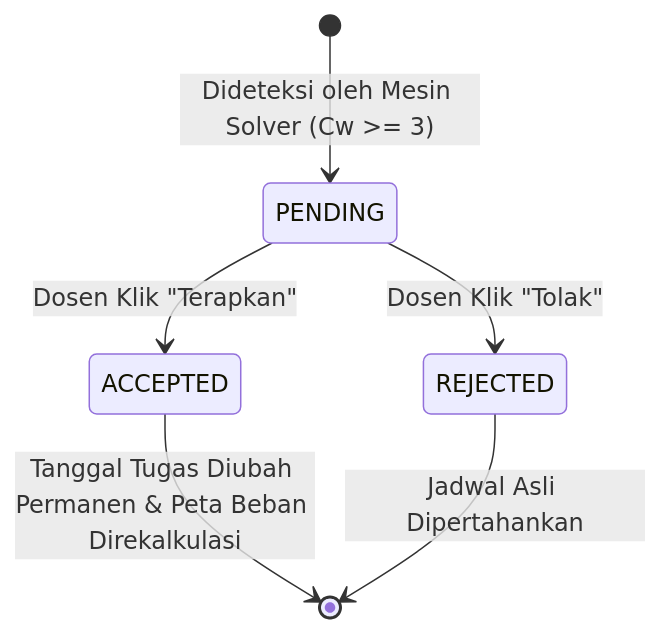
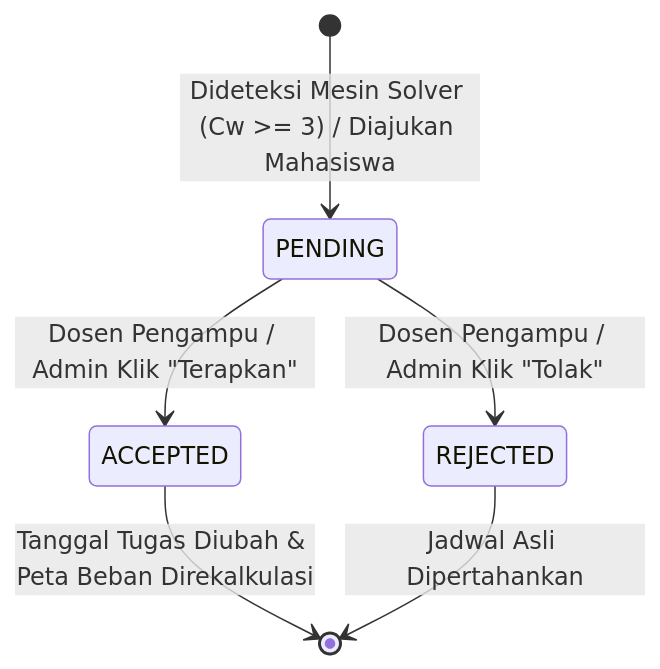
The eighth of 10 diagrams in PROJECT_FLOW.md (FayruzAldi/CollisionWeek), drawn with Mermaid before and after one commit. The commit also changed other lines of this file and 125 other files, not shown here.

````diff
--- a/PROJECT_FLOW.md
+++ b/PROJECT_FLOW.md
@@ -270,8 +266,8 @@
 ```mermaid
 stateDiagram-v2
-    [*] --> PENDING: Dideteksi oleh Mesin Solver (Cw >= 3)
-    PENDING --> ACCEPTED: Dosen Klik "Terapkan"
-    PENDING --> REJECTED: Dosen Klik "Tolak"
-    ACCEPTED --> [*]: Tanggal Tugas Diubah Permanen & Peta Beban Direkalkulasi
+    [*] --> PENDING: Dideteksi Mesin Solver (Cw >= 3) / Diajukan Mahasiswa
+    PENDING --> ACCEPTED: Dosen Pengampu / Admin Klik "Terapkan"
+    PENDING --> REJECTED: Dosen Pengampu / Admin Klik "Tolak"
+    ACCEPTED --> [*]: Tanggal Tugas Diubah & Peta Beban Direkalkulasi
     REJECTED --> [*]: Jadwal Asli Dipertahankan
 ```
````
